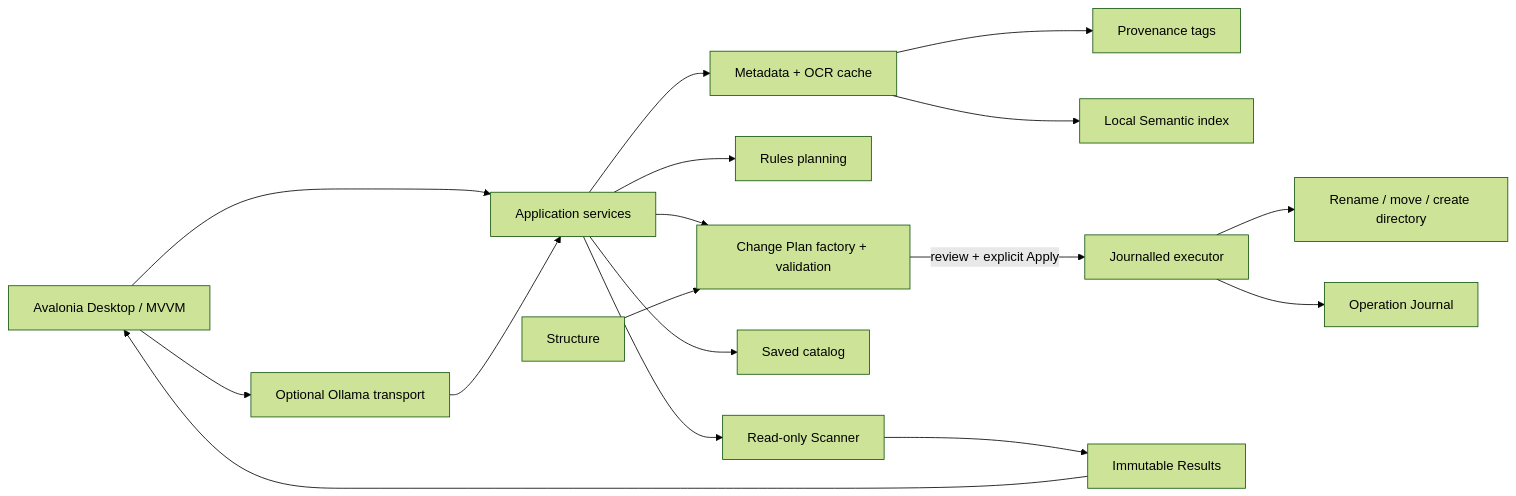
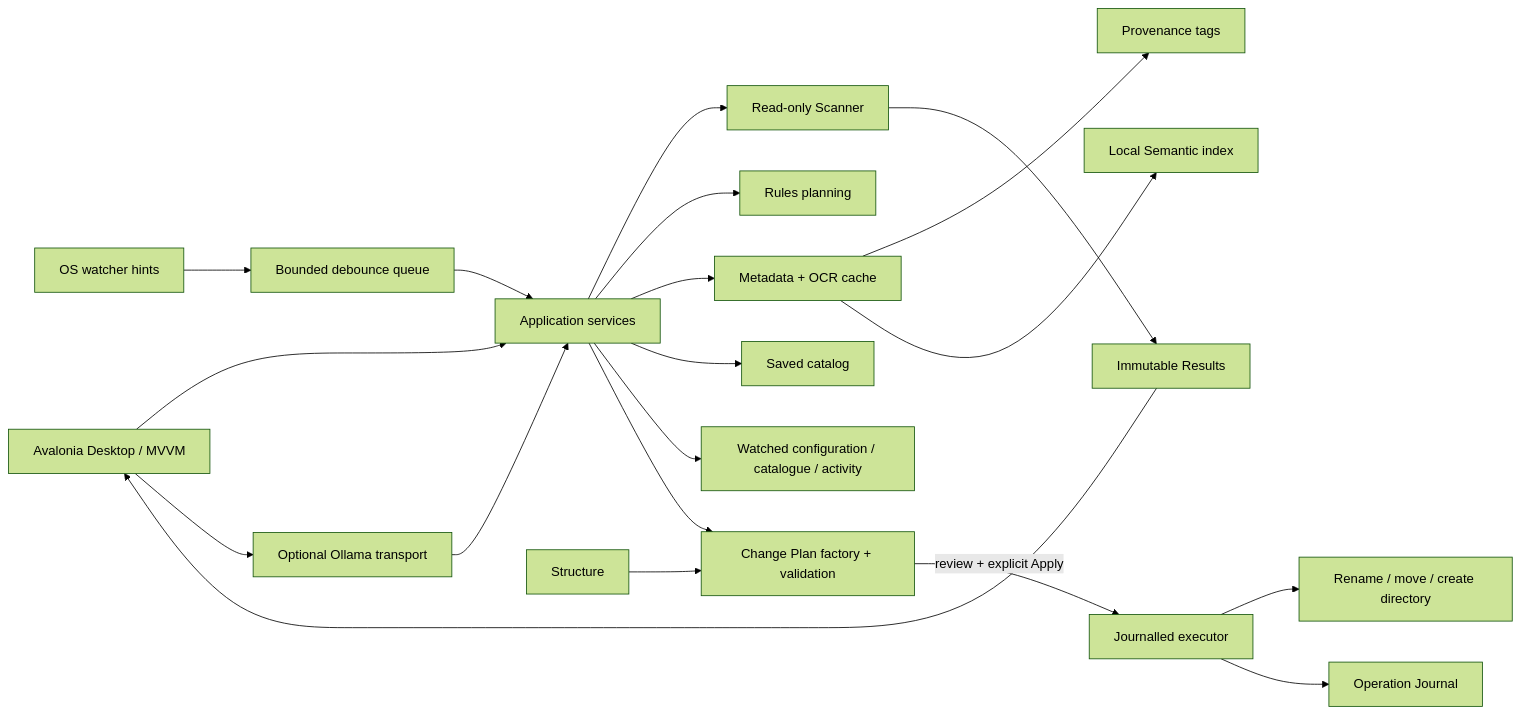
One commit to nishdel/OmniSorSe changed the diagram in docs/Architecture/00_System/00_Overview.md. Above: the diagram before and after it, drawn with Mermaid (forest theme). The commit also changed other lines of this file and 52 other files, not shown here.

````diff
--- a/docs/Architecture/00_System/00_Overview.md
+++ b/docs/Architecture/00_System/00_Overview.md
@@ -23,19 +23,22 @@
 ```mermaid
 flowchart LR
     UI["Avalonia Desktop / MVVM"] --> App["Application services"]
+    Watch["OS watcher hints"] --> Queue["Bounded debounce queue"]
+    Queue --> App
     App --> Scanner["Read-only Scanner"]
     App --> Rules["Rules planning"]
     App --> Content["Metadata + OCR cache"]
     Content --> Tags["Provenance tags"]
     Content --> Semantic["Local Semantic index"]
     App --> Catalog["Saved catalog"]
+    App --> Watched["Watched configuration / catalogue / activity"]
     App --> Plan["Change Plan factory + validation"]
     Structure --> Plan
     Plan -->|review + explicit Apply| Executor["Journalled executor"]
     Executor --> Files["Rename / move / create directory"]
     Executor --> Journal["Operation Journal"]
     UI --> AI["Optional Ollama transport"]
     AI --> App
     Scanner --> Results["Immutable Results"]
     Results --> UI
 ```
````
